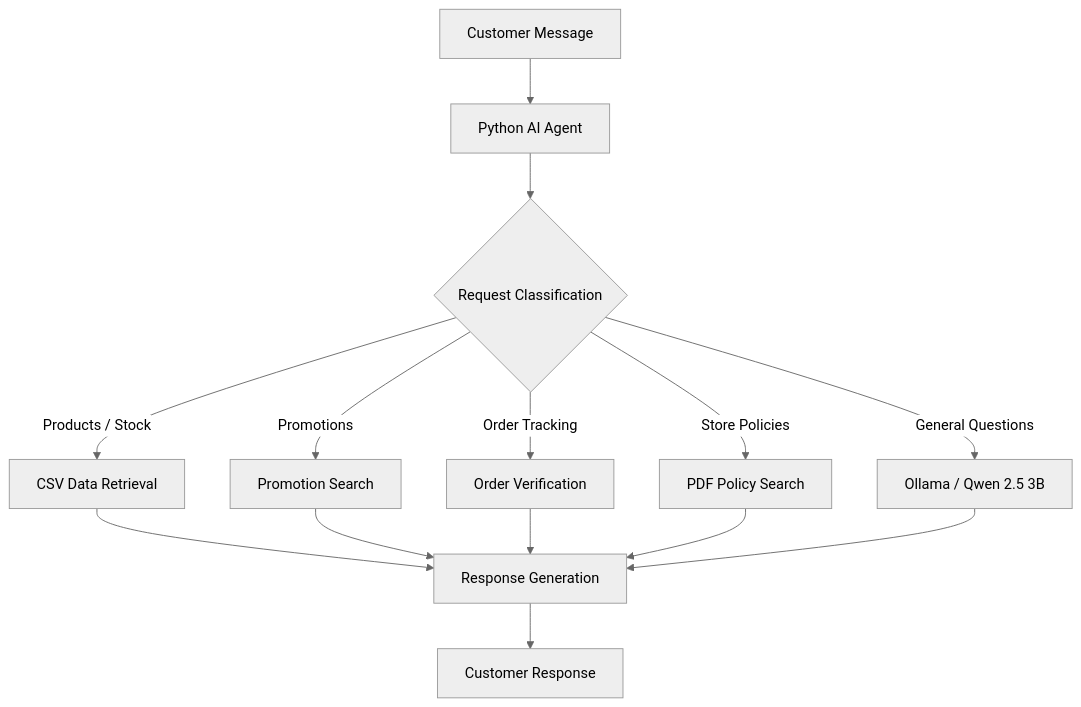
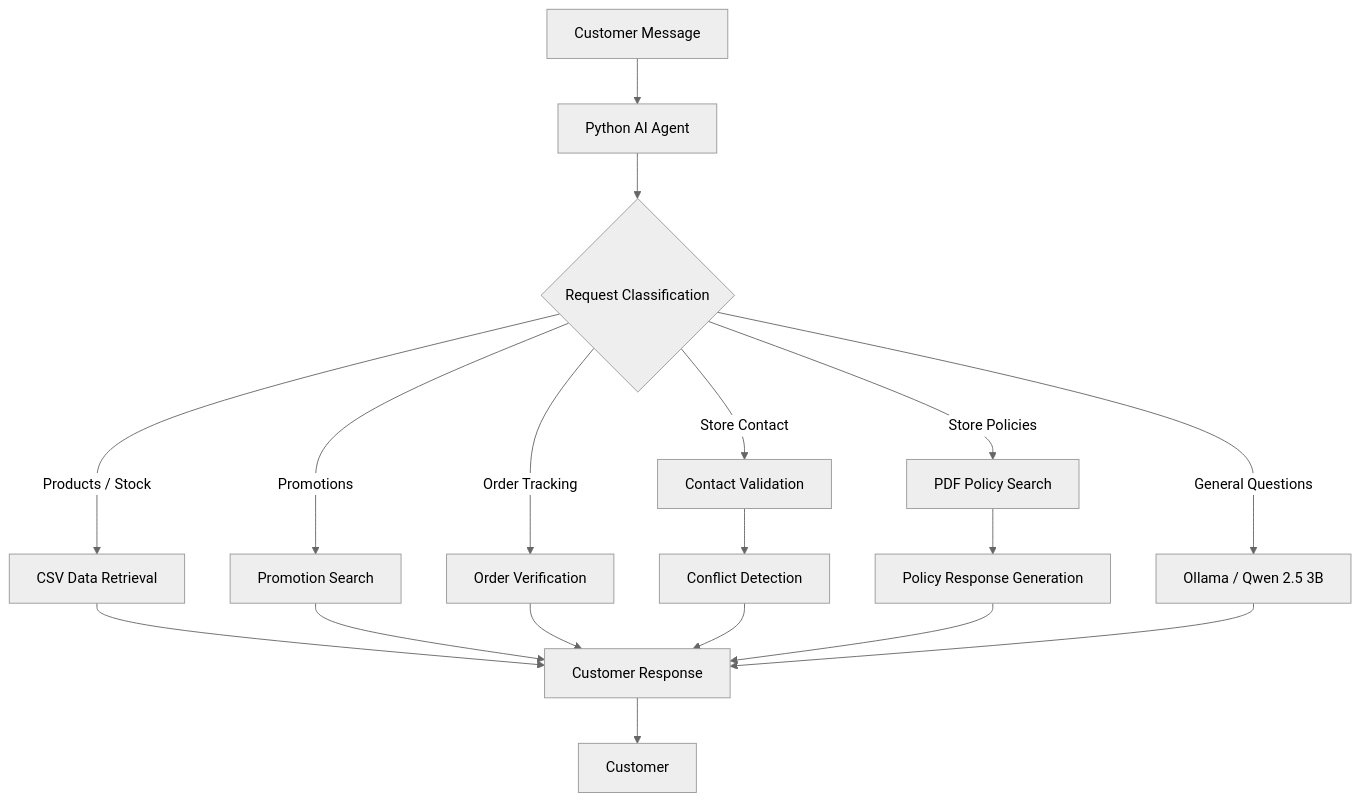
The diagram in README.md (lucasml10/emporio-da-musica-ai-agent), drawn with Mermaid (neutral theme) before and after one commit. The commit also changed other lines of this file and 4 other files, not shown here.

Commit message:
Improve AI agent reliability, policy validation and test coverage

````diff
--- a/README.md
+++ b/README.md
@@ -42,19 +46,23 @@
 ```mermaid
 flowchart TD
     A["Customer Message"] --> B["Python AI Agent"]
     B --> C{"Request Classification"}
 
     C -->|"Products / Stock"| D["CSV Data Retrieval"]
     C -->|"Promotions"| E["Promotion Search"]
     C -->|"Order Tracking"| F["Order Verification"]
-    C -->|"Store Policies"| G["PDF Policy Search"]
-    C -->|"General Questions"| H["Ollama / Qwen 2.5 3B"]
+    C -->|"Store Contact"| G["Contact Validation"]
+    C -->|"Store Policies"| H["PDF Policy Search"]
+    C -->|"General Questions"| I["Ollama / Qwen 2.5 3B"]
 
-    D --> I["Response Generation"]
-    E --> I
-    F --> I
-    G --> I
-    H --> I
+    G --> J["Conflict Detection"]
+    H --> K["Policy Response Generation"]
+    D --> L["Customer Response"]
+    E --> L
+    F --> L
+    J --> L
+    K --> L
+    I --> L
 
-    I --> J["Customer Response"]
+    L --> M["Customer"]
 ```
````
